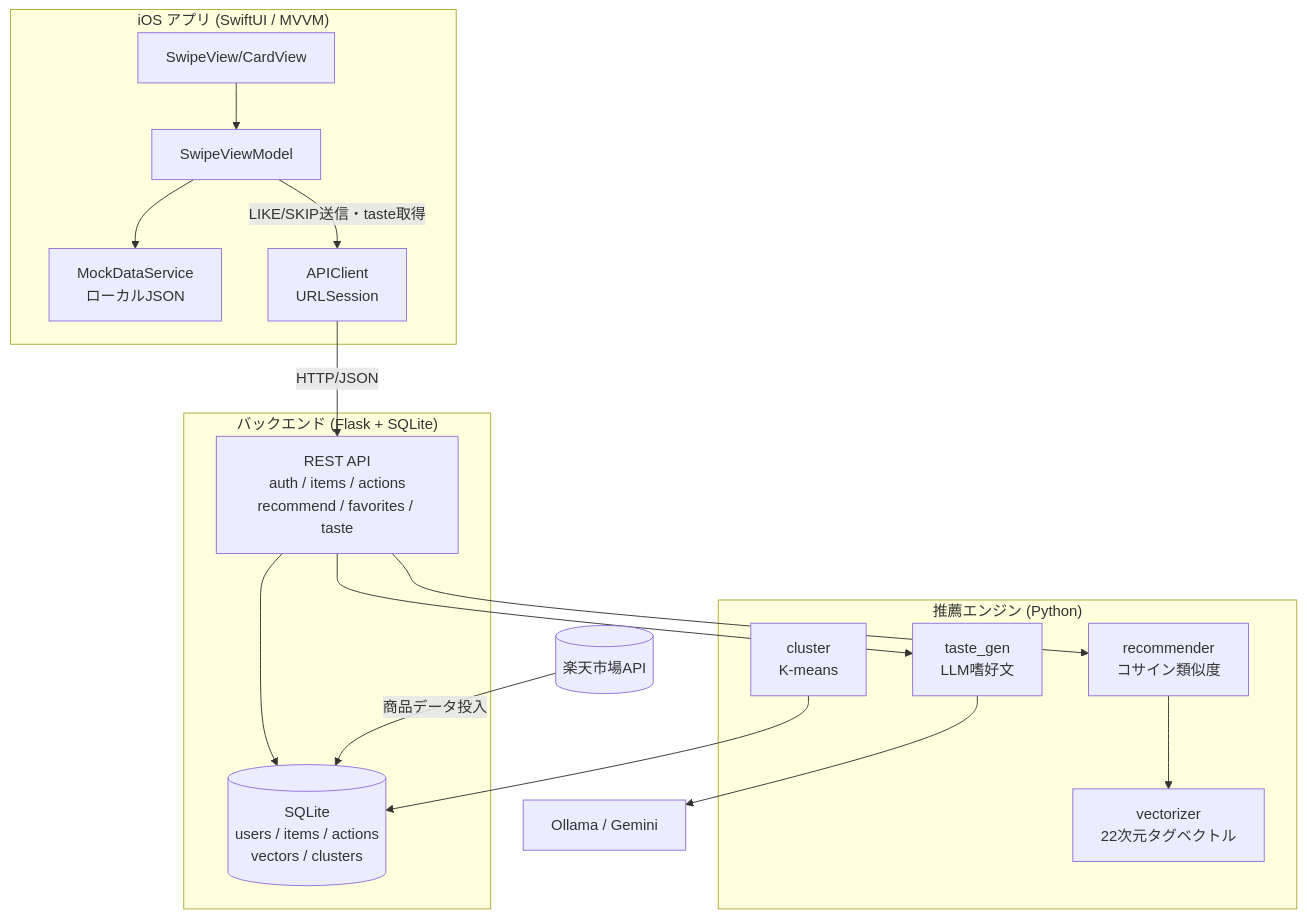
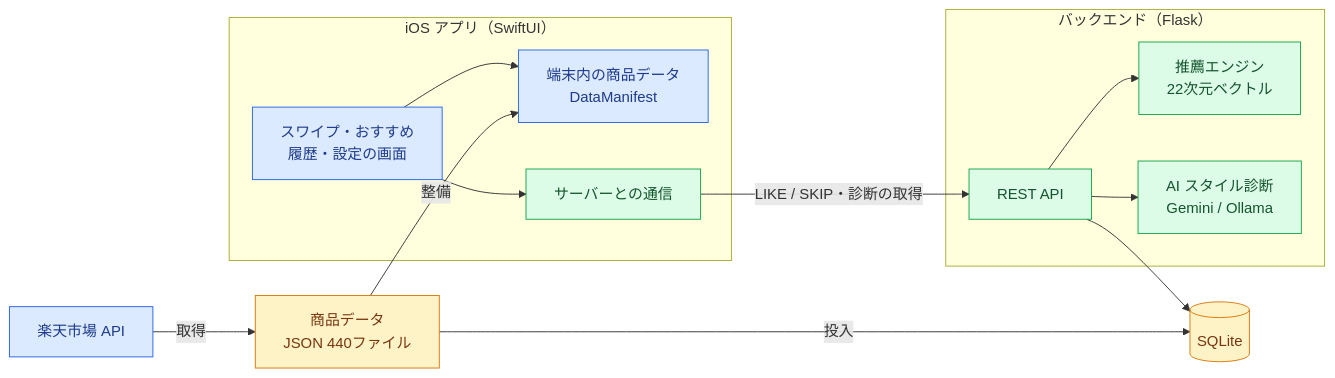
Before and after one commit to shu8719/swipe-fashion: the diagram in README.md, drawn with Mermaid. The commit also changed other lines of this file, not shown here.

````diff
--- a/README.md
+++ b/README.md
@@ -107,36 +38,33 @@
 ```mermaid
-flowchart TD
-    subgraph iOS["iOS アプリ (SwiftUI / MVVM)"]
-        SV[SwipeView/CardView]
-        VM[SwipeViewModel]
-        MDS[MockDataService<br/>ローカルJSON]
-        API[APIClient<br/>URLSession]
+flowchart LR
+    subgraph iOS["iOS アプリ（SwiftUI）"]
+        UI["スワイプ・おすすめ<br/>履歴・設定の画面"]
+        LOCAL["端末内の商品データ<br/>DataManifest"]
+        NET["サーバーとの通信"]
     end
+    subgraph Server["バックエンド（Flask）"]
+        API["REST API"]
+        REC["推薦エンジン<br/>22次元ベクトル"]
+        LLM["AI スタイル診断<br/>Gemini / Ollama"]
+    end
+    DB[("SQLite")]
+    RAKUTEN["楽天市場 API"]
+    DATA["商品データ<br/>JSON 440ファイル"]
 
-    subgraph Backend["バックエンド (Flask + SQLite)"]
-        RT[REST API<br/>auth / items / actions<br/>recommend / favorites / taste]
-        DB[(SQLite<br/>users / items / actions<br/>vectors / clusters)]
-    end
+    UI --> LOCAL
+    UI --> NET
+    NET -->|LIKE / SKIP・診断の取得| API
+    API --> REC
+    API --> LLM
+    API --> DB
+    RAKUTEN -->|取得| DATA
+    DATA -->|整備| LOCAL
+    DATA -->|投入| DB
 
-    subgraph AI["推薦エンジン (Python)"]
-        VEC[vectorizer<br/>22次元タグベクトル]
-        REC[recommender<br/>コサイン類似度]
-        CL[cluster<br/>K-means]
-        TG[taste_gen<br/>LLM嗜好文]
-    end
-
-    Rakuten[(楽天市場API)]
-    LLM[Ollama / Gemini]
-
-    SV --> VM
-    VM --> MDS
-    VM -->|LIKE/SKIP送信・taste取得| API
-    API -->|HTTP/JSON| RT
-    RT --> DB
-    RT --> REC
-    REC --> VEC
-    RT --> TG
-    TG --> LLM
-    CL --> DB
-    Rakuten -->|商品データ投入| DB
+    classDef shu fill:#dbeafe,stroke:#2563eb,color:#1e3a8a
+    classDef akamatsu fill:#dcfce7,stroke:#16a34a,color:#14532d
+    classDef data fill:#fef3c7,stroke:#d97706,color:#78350f
+    class UI,LOCAL,RAKUTEN shu
+    class NET,API,REC,LLM akamatsu
+    class DB,DATA data
 ```
````
